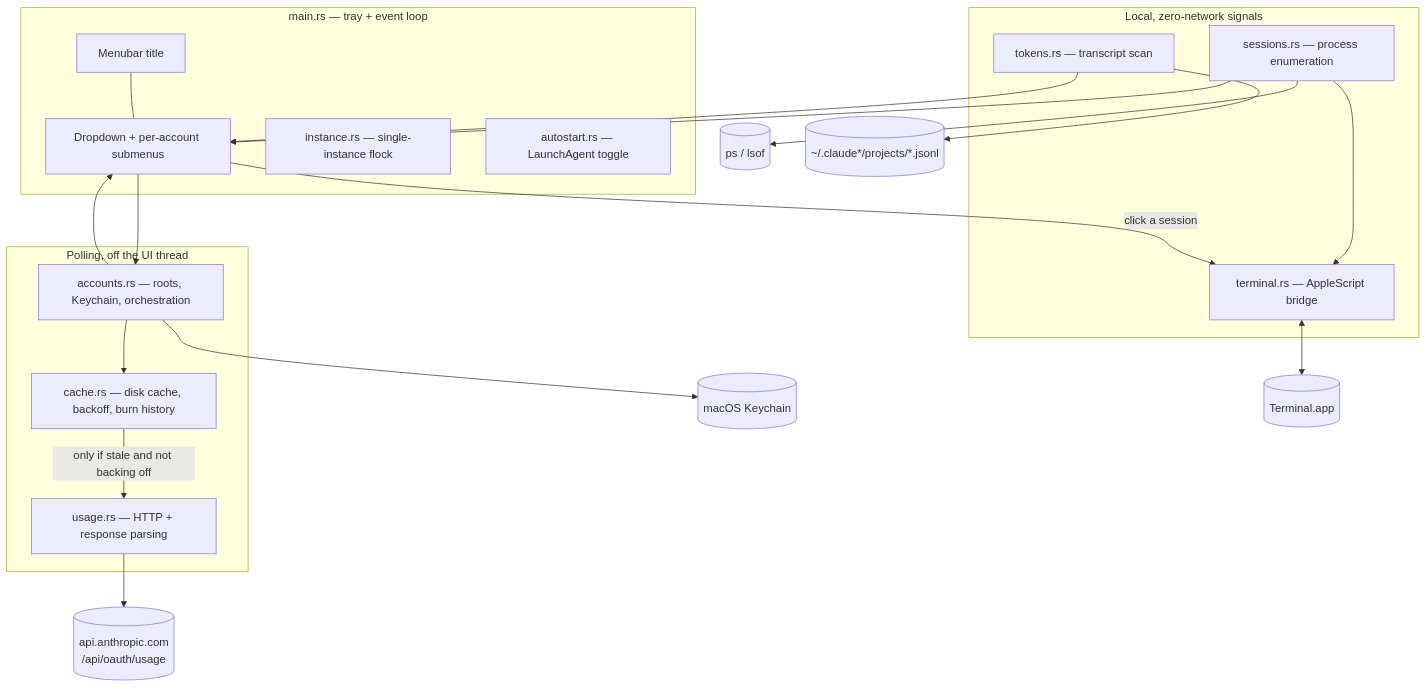
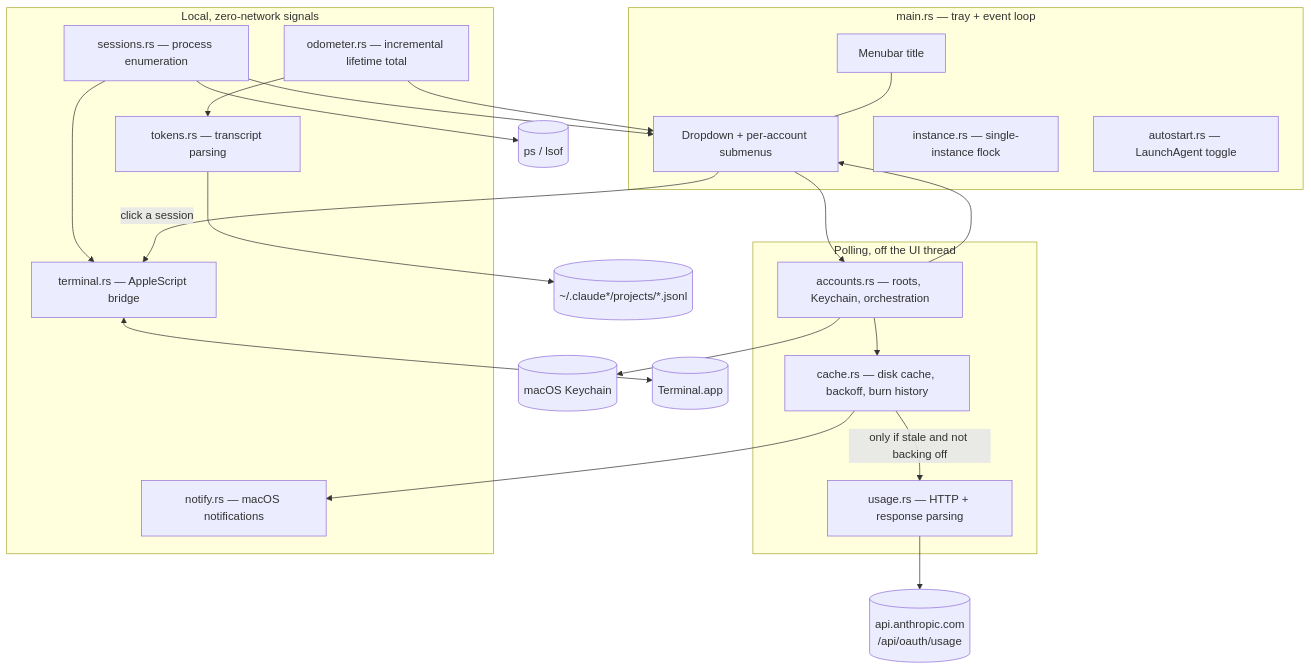
Before and after one commit to Technical-1/claude-gauge: the diagram in .portfolio/architecture.md, drawn with Mermaid. The commit also changed other lines of this file and 1 other file, not shown here.

````diff
--- a/.portfolio/architecture.md
+++ b/.portfolio/architecture.md
@@ -9,42 +9,46 @@
 ```mermaid
 flowchart TD
     subgraph UI["main.rs — tray + event loop"]
         TRAY[Menubar title]
         MENU[Dropdown + per-account submenus]
         GUARD[instance.rs — single-instance flock]
         LOGIN[autostart.rs — LaunchAgent toggle]
     end
 
     subgraph POLL["Polling, off the UI thread"]
         ACC[accounts.rs — roots, Keychain, orchestration]
         USE[usage.rs — HTTP + response parsing]
         CACHE[cache.rs — disk cache, backoff, burn history]
     end
 
     subgraph LOCAL["Local, zero-network signals"]
         SESS[sessions.rs — process enumeration]
         TERM[terminal.rs — AppleScript bridge]
-        TOK[tokens.rs — transcript scan]
+        TOK[tokens.rs — transcript parsing]
+        ODO[odometer.rs — incremental lifetime total]
+        NOTE[notify.rs — macOS notifications]
     end
 
     KC[(macOS Keychain)]
     API[(api.anthropic.com<br/>/api/oauth/usage)]
     PS[(ps / lsof)]
     TAB[(Terminal.app)]
     FS[(~/.claude*/projects/*.jsonl)]
 
     TRAY --- MENU
     MENU --> ACC
     ACC --> CACHE
     CACHE -->|only if stale and not backing off| USE
     ACC --> KC
     USE --> API
     SESS --> PS
     SESS --> TERM
     TERM <--> TAB
+    ODO --> TOK
     TOK --> FS
+    CACHE --> NOTE
     ACC --> MENU
     SESS --> MENU
-    TOK --> MENU
+    ODO --> MENU
     MENU -->|click a session| TERM
 ```
````
